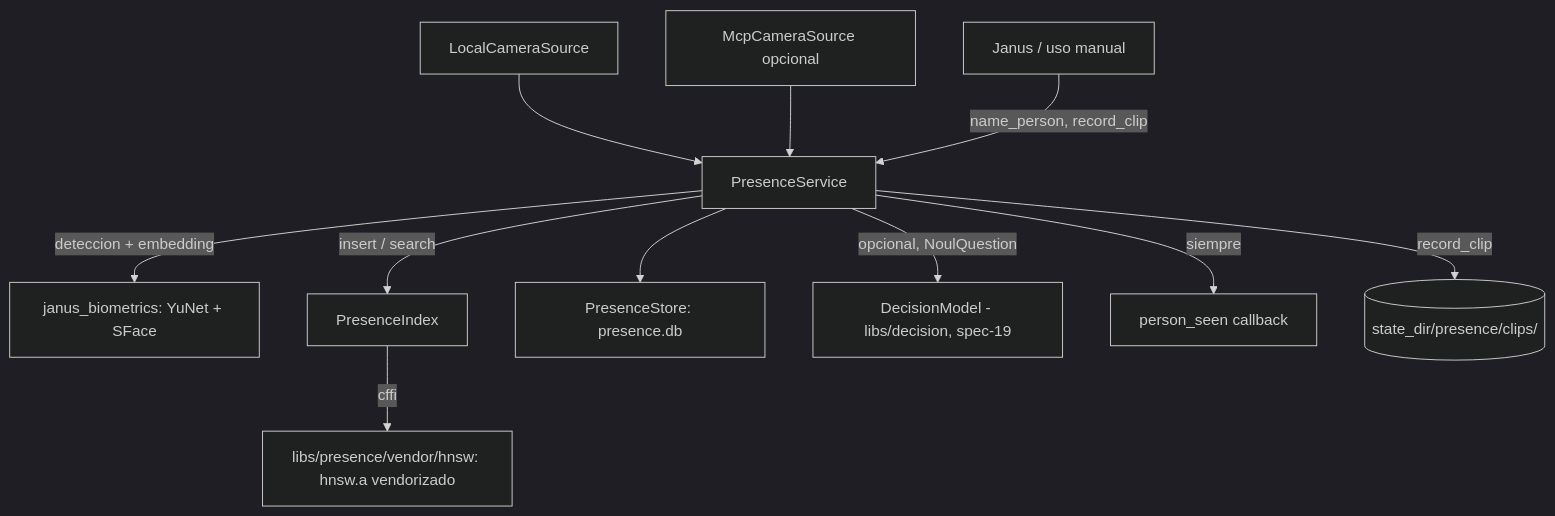
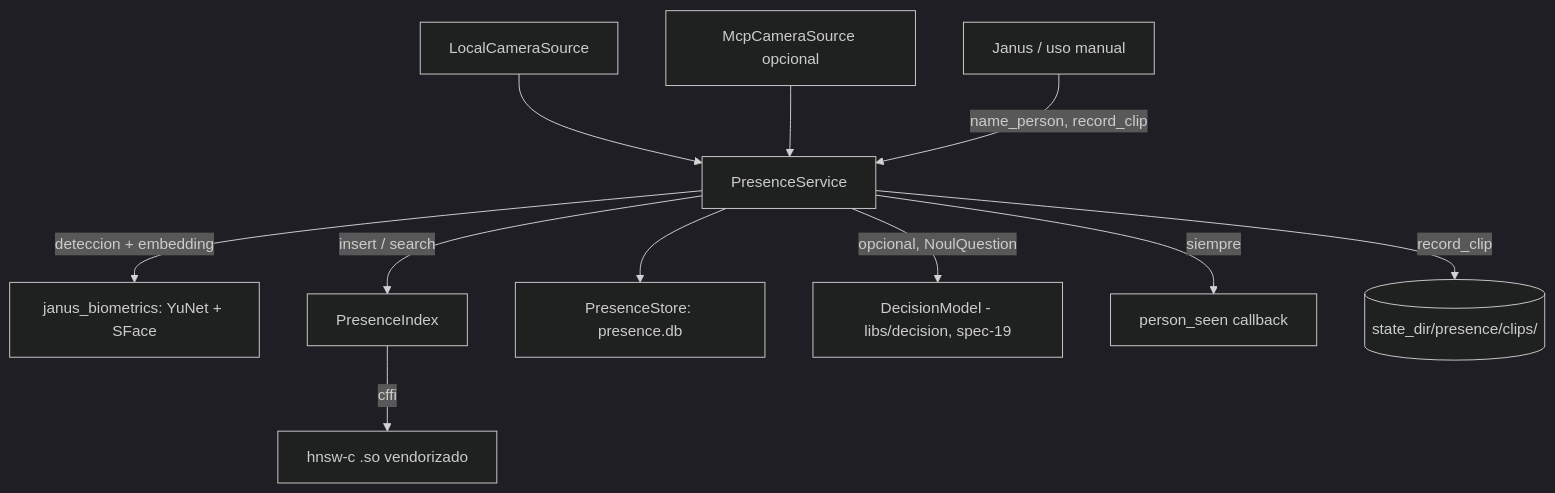
The diagram in libs/presence/SPEC.md (Cetrei/janus), drawn with Mermaid (dark theme) before and after one commit. The commit also changed other lines of this file, not shown here.

Commit message:
docs: presence spec

````diff
--- a/libs/presence/SPEC.md
+++ b/libs/presence/SPEC.md
@@ -145,13 +134,13 @@
 ```mermaid
 flowchart TD
     CAM1[LocalCameraSource] --> SVC[PresenceService]
     CAM2[McpCameraSource opcional] --> SVC
     SVC -->|deteccion + embedding| BIO[janus_biometrics: YuNet + SFace]
     SVC -->|insert / search| IDX[PresenceIndex]
-    IDX -->|cffi| HNSW[libs/presence/vendor/hnsw: hnsw.a vendorizado]
+    IDX -->|cffi| HNSW[hnsw-c .so vendorizado]
     SVC --> STORE[PresenceStore: presence.db]
     SVC -->|opcional, NoulQuestion| DM[DecisionModel - libs/decision, spec-19]
     SVC -->|siempre| EVT[person_seen callback]
     SVC -->|record_clip| CLIPS[(state_dir/presence/clips/)]
     CONSUMER[Janus / uso manual] -->|name_person, record_clip| SVC
 ```
````
